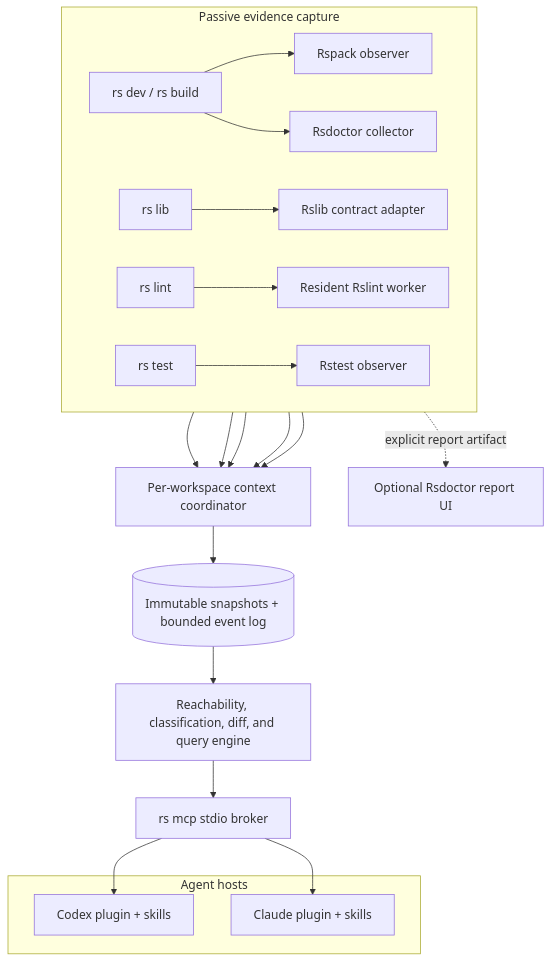
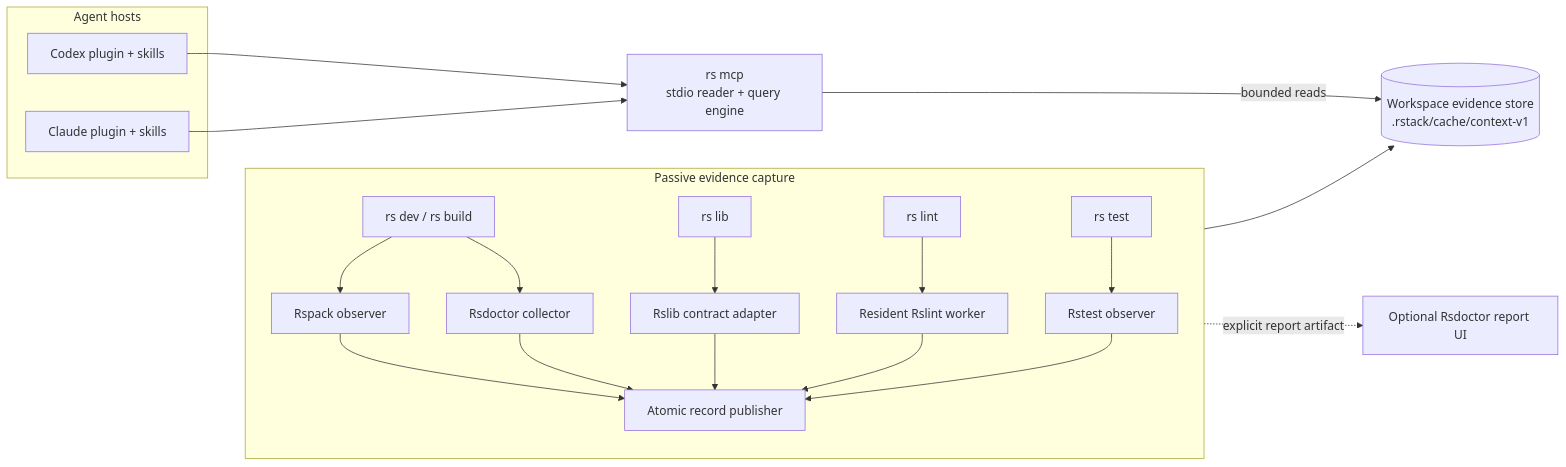
One commit to rstackjs/rstack-cli changed the first of 10 diagrams in docs/rfcs/0001-rstack-context-engine.md. Above: the diagram before and after it, drawn with Mermaid. The commit also changed other lines of this file and 8 other files, not shown here.

Commit message:
feat(rstack): scaffold context evidence store

````diff
--- a/docs/rfcs/0001-rstack-context-engine.md
+++ b/docs/rfcs/0001-rstack-context-engine.md
@@ -138,35 +139,32 @@
 ```mermaid
-flowchart TB
+flowchart LR
   subgraph Capture["Passive evidence capture"]
-    direction LR
+    direction TB
     Build["rs dev / rs build"] --> Rspack["Rspack observer"]
     Build --> Doctor["Rsdoctor collector"]
     Lib["rs lib"] --> Rslib["Rslib contract adapter"]
     Lint["rs lint"] --> Rslint["Resident Rslint worker"]
     Test["rs test"] --> Rstest["Rstest observer"]
+    Rspack --> Publish["Atomic record publisher"]
+    Doctor --> Publish
+    Rslib --> Publish
+    Rslint --> Publish
+    Rstest --> Publish
   end
 
-  Coordinator["Per-workspace context coordinator"]
-  Store[("Immutable snapshots + bounded event log")]
-  Query["Reachability, classification, diff, and query engine"]
-  Broker["rs mcp stdio broker"]
+  Store[("Workspace evidence store<br/>.rstack/cache/context-v1")]
+  Broker["rs mcp<br/>stdio reader + query engine"]
 
   subgraph Hosts["Agent hosts"]
     Codex["Codex plugin + skills"]
     Claude["Claude plugin + skills"]
   end
 
   OptionalUI["Optional Rsdoctor report UI"]
 
-  Rspack --> Coordinator
-  Doctor --> Coordinator
-  Rslib --> Coordinator
-  Rslint --> Coordinator
-  Rstest --> Coordinator
-  Coordinator --> Store
-  Store --> Query
-  Query --> Broker
-  Broker --> Codex
-  Broker --> Claude
+  Publish --> Store
+  Codex --> Broker
+  Claude --> Broker
+  Broker -->|"bounded reads"| Store
   Doctor -. "explicit report artifact" .-> OptionalUI
 ```
````
